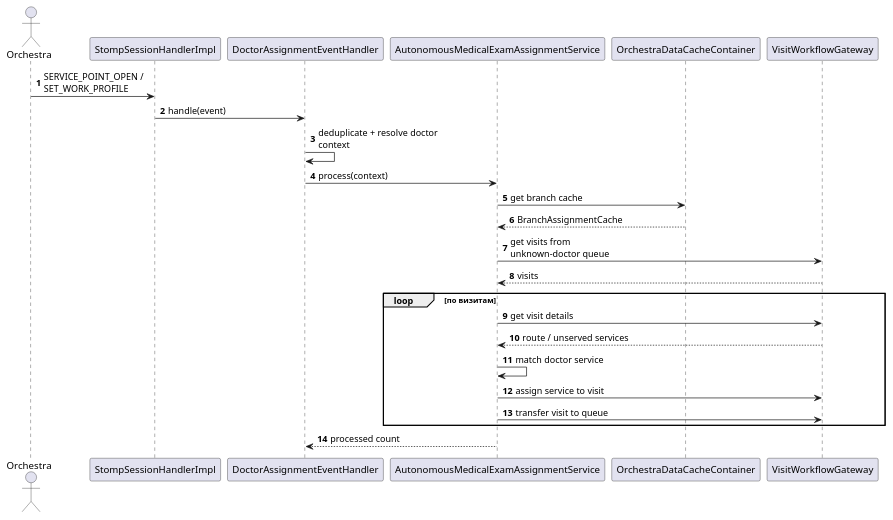
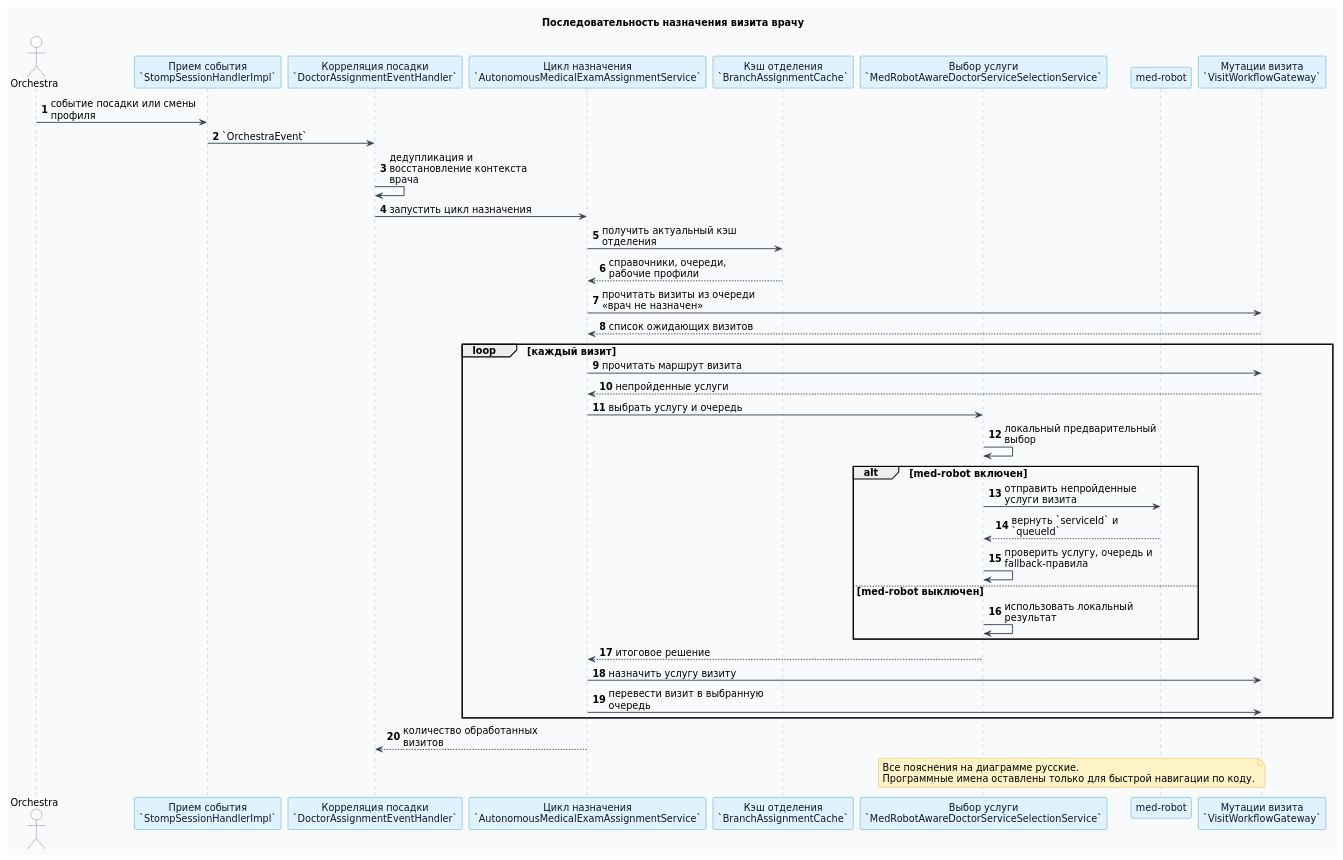
One commit to psokolov25/DoctorAssignment changed the diagram in docs/plantuml/assignment-sequence.puml. Above: the diagram before and after it, drawn with PlantUML. The commit also changed 15 other files, not shown here.

```diff
--- a/docs/plantuml/assignment-sequence.puml
+++ b/docs/plantuml/assignment-sequence.puml
@@ -1,30 +1,65 @@
 @startuml
+title Последовательность назначения визита врачу
+
+skinparam backgroundColor #F8FAFC
 skinparam shadowing false
 skinparam responseMessageBelowArrow true
-skinparam maxMessageSize 180
+skinparam defaultFontName "DejaVu Sans"
+skinparam defaultFontSize 14
+skinparam sequence {
+  ArrowColor #334155
+  ArrowThickness 1.3
+  LifeLineBorderColor #94A3B8
+  LifeLineBackgroundColor #E2E8F0
+  ParticipantBackgroundColor #E0F2FE
+  ParticipantBorderColor #0284C7
+  ParticipantFontColor #0F172A
+  ActorBackgroundColor #FFFFFF
+  ActorBorderColor #475569
+}
+skinparam NoteBackgroundColor #FEF3C7
+skinparam NoteBorderColor #F59E0B
+skinparam maxMessageSize 230
 
 autonumber
 actor "Orchestra" as O
-participant "StompSessionHandlerImpl" as S
-participant "DoctorAssignmentEventHandler" as H
-participant "AutonomousMedicalExamAssignmentService" as A
-participant "OrchestraDataCacheContainer" as C
-participant "VisitWorkflowGateway" as W
+participant "Прием события\n`StompSessionHandlerImpl`" as S
+participant "Корреляция посадки\n`DoctorAssignmentEventHandler`" as H
+participant "Цикл назначения\n`AutonomousMedicalExamAssignmentService`" as A
+participant "Кэш отделения\n`BranchAssignmentCache`" as C
+participant "Выбор услуги\n`MedRobotAwareDoctorServiceSelectionService`" as M
+participant "med-robot" as R
+participant "Мутации визита\n`VisitWorkflowGateway`" as W
 
-O -> S : SERVICE_POINT_OPEN / SET_WORK_PROFILE
-S -> H : handle(event)
-H -> H : deduplicate + resolve doctor context
-H -> A : process(context)
-A -> C : get branch cache
-C --> A : BranchAssignmentCache
-A -> W : get visits from unknown-doctor queue
-W --> A : visits
-loop по визитам
-  A -> W : get visit details
-  W --> A : route / unserved services
-  A -> A : match doctor service
-  A -> W : assign service to visit
-  A -> W : transfer visit to queue
+O -> S : событие посадки или смены профиля
+S -> H : `OrchestraEvent`
+H -> H : дедупликация и восстановление контекста врача
+H -> A : запустить цикл назначения
+A -> C : получить актуальный кэш отделения
+C --> A : справочники, очереди, рабочие профили
+A -> W : прочитать визиты из очереди «врач не назначен»
+W --> A : список ожидающих визитов
+
+loop каждый визит
+  A -> W : прочитать маршрут визита
+  W --> A : непройденные услуги
+  A -> M : выбрать услугу и очередь
+  M -> M : локальный предварительный выбор
+  alt med-robot включен
+    M -> R : отправить непройденные услуги визита
+    R --> M : вернуть `serviceId` и `queueId`
+    M -> M : проверить услугу, очередь и fallback-правила
+  else med-robot выключен
+    M -> M : использовать локальный результат
+  end
+  M --> A : итоговое решение
+  A -> W : назначить услугу визиту
+  A -> W : перевести визит в выбранную очередь
 end
-A --> H : processed count
+
+A --> H : количество обработанных визитов
+note over M,R
+  Все пояснения на диаграмме русские.
+  Программные имена оставлены только для быстрой навигации по коду.
+end note
 @enduml
```
